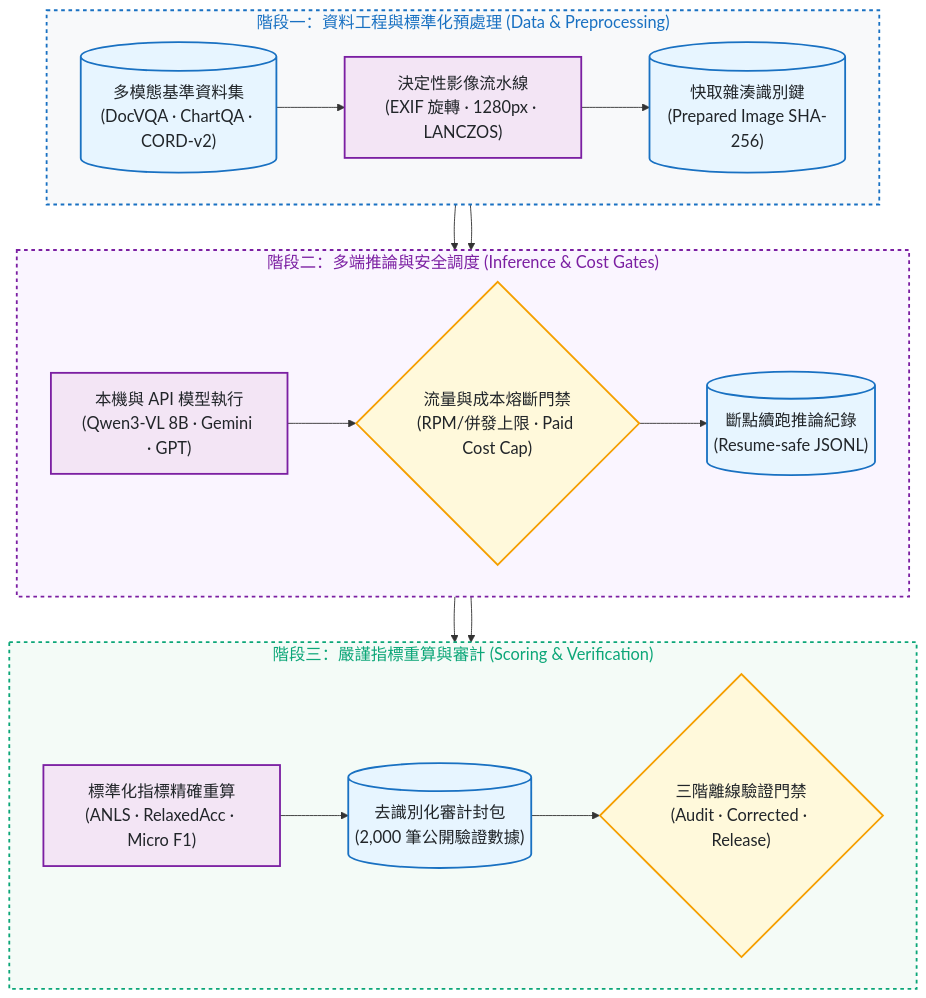
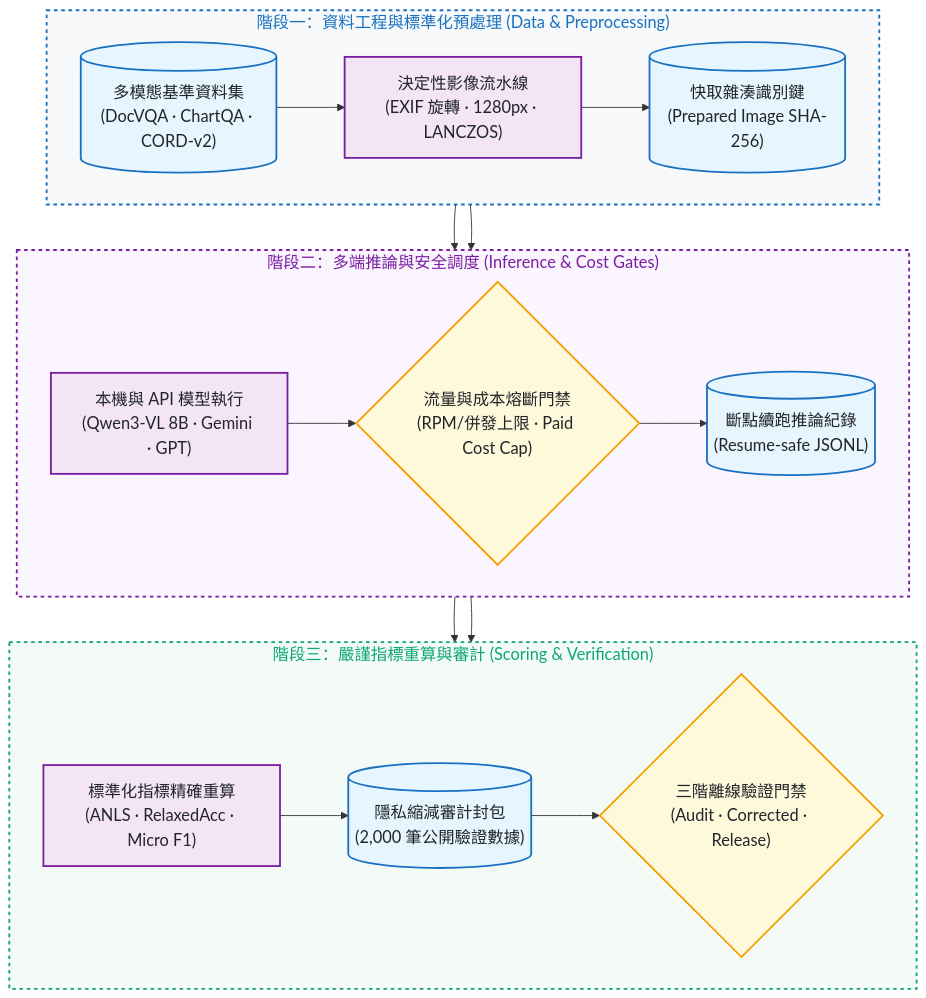
Before and after one commit to kuotunyu/vlm-eval-bench: the first of 2 diagrams in README.md, drawn with Mermaid. The commit also changed other lines of this file and 1 other file, not shown here.

````diff
--- a/README.md
+++ b/README.md
@@ -19,33 +19,33 @@
 ```mermaid
 %%{init: {'themeVariables': {'fontSize': '18px'}}}%%
 flowchart TD
     subgraph DataStage ["階段一：資料工程與標準化預處理 (Data & Preprocessing)"]
         direction LR
         Dataset[("多模態基準資料集<br/>(DocVQA · ChartQA · CORD-v2)")] --> Prep["決定性影像流水線<br/>(EXIF 旋轉 · 1280px · LANCZOS)"] --> Cache[("快取雜湊識別鍵<br/>(Prepared Image SHA-256)")]
     end
 
     subgraph ExecStage ["階段二：多端推論與安全調度 (Inference & Cost Gates)"]
         direction LR
         Cache --> Models["本機與 API 模型執行<br/>(Qwen3-VL 8B · Gemini · GPT)"] --> Safe{"流量與成本熔斷門禁<br/>(RPM/併發上限 · Paid Cost Cap)"} --> Raw[("斷點續跑推論紀錄<br/>(Resume-safe JSONL)")]
     end
 
     subgraph EvalStage ["階段三：嚴謹指標重算與審計 (Scoring & Verification)"]
         direction LR
-        Raw --> Rescore["標準化指標精確重算<br/>(ANLS · RelaxedAcc · Micro F1)"] --> AuditPack[("去識別化審計封包<br/>(2,000 筆公開驗證數據)")] --> Gate{"三階離線驗證門禁<br/>(Audit · Corrected · Release)"}
+        Raw --> Rescore["標準化指標精確重算<br/>(ANLS · RelaxedAcc · Micro F1)"] --> AuditPack[("隱私縮減審計封包<br/>(2,000 筆公開驗證數據)")] --> Gate{"三階離線驗證門禁<br/>(Audit · Corrected · Release)"}
     end
 
     DataStage --> ExecStage --> EvalStage
 
     classDef srcStyle fill:#e7f5ff,stroke:#1971c2,stroke-width:2px,color:#212529
     classDef procStyle fill:#f3e5f5,stroke:#7b1fa2,stroke-width:2px,color:#212529
     classDef condStyle fill:#fff9db,stroke:#f59f00,stroke-width:2px,color:#212529
     classDef evalStyle fill:#e6fcf5,stroke:#0ca678,stroke-width:2px,color:#212529
 
     class Dataset,Cache,Raw,AuditPack srcStyle
     class Prep,Models,Rescore procStyle
     class Safe,Gate condStyle
 
     style DataStage fill:#f8f9fa,stroke:#1971c2,stroke-width:2px,color:#1971c2,stroke-dasharray: 4 4
     style ExecStage fill:#faf5ff,stroke:#7b1fa2,stroke-width:2px,color:#7b1fa2,stroke-dasharray: 4 4
     style EvalStage fill:#f4fbf7,stroke:#0ca678,stroke-width:2px,color:#0ca678,stroke-dasharray: 4 4
 ```
````
